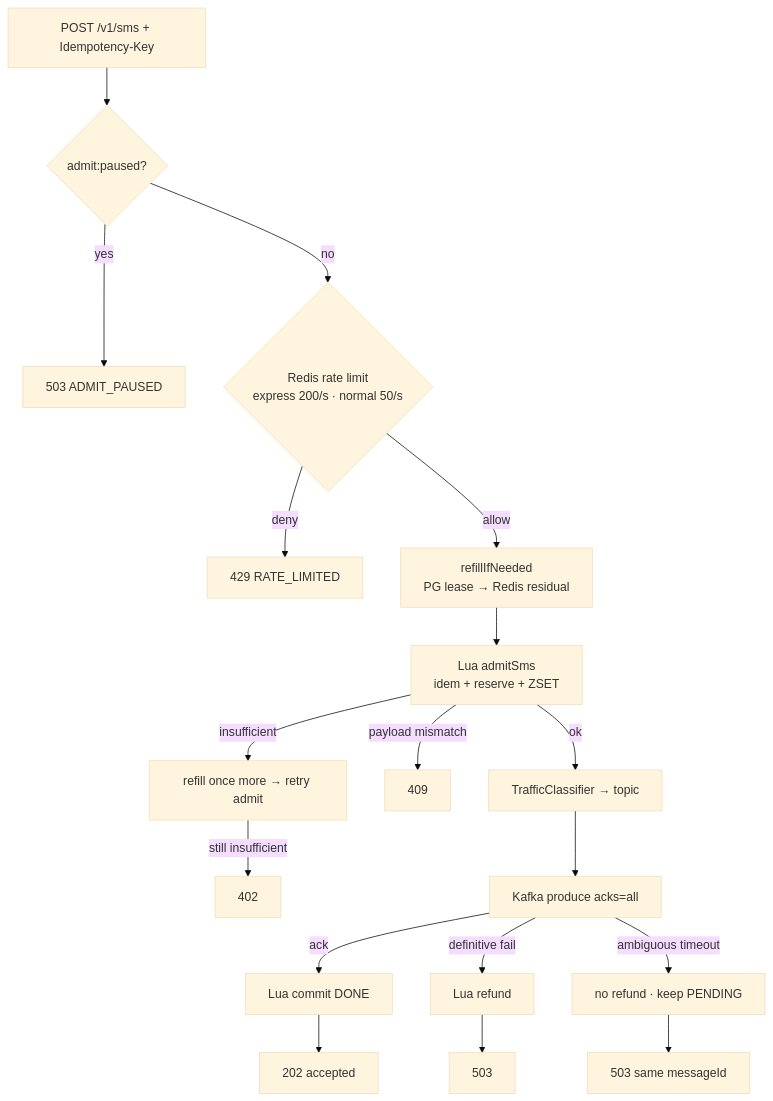
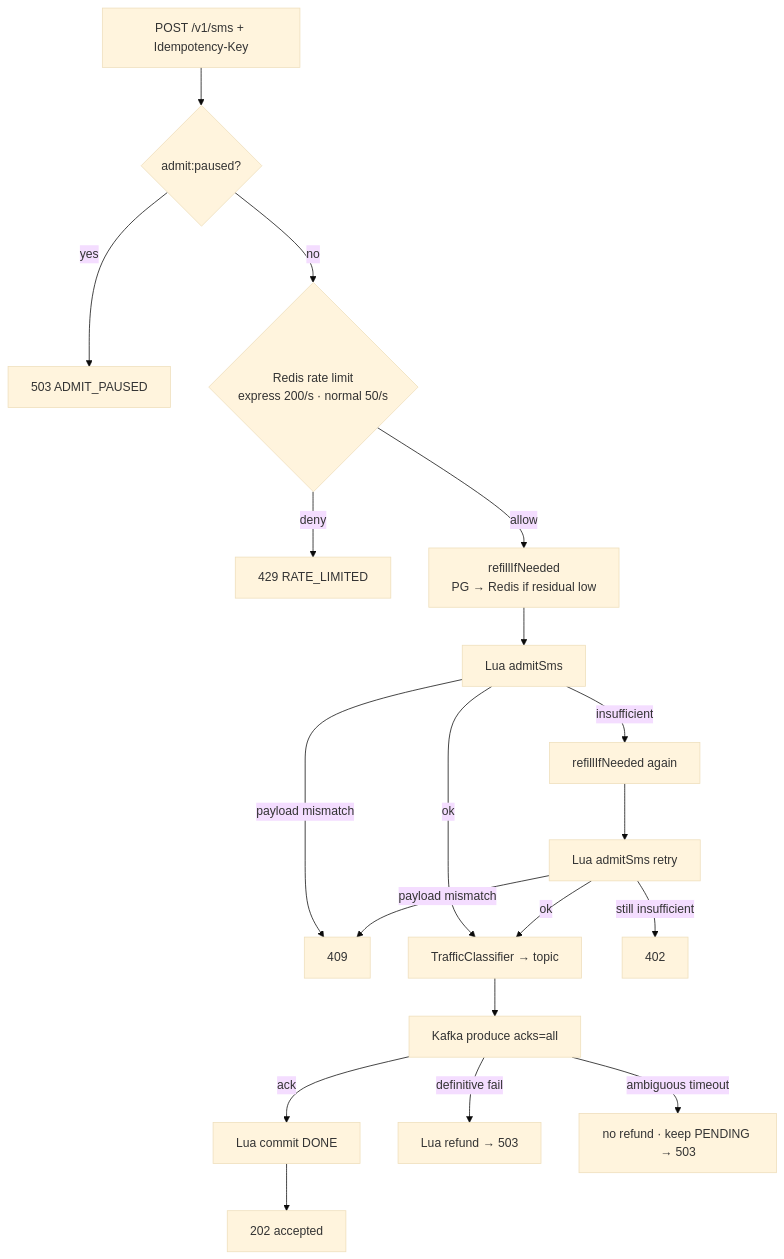
The third of 6 diagrams in docs/ARCHITECTURE.md (miladadli/PulseGate), drawn with Mermaid (base theme) before and after one commit. The commit also changed other lines of this file and 11 other files, not shown here.

First line of the commit message:
fix sms lookup, reconciler ttl handling, and architecture diagrams

````diff
--- a/docs/ARCHITECTURE.md
+++ b/docs/ARCHITECTURE.md
@@ -115,20 +118,21 @@
 ```mermaid
 flowchart TD
   A["POST /v1/sms + Idempotency-Key"] --> B{"admit:paused?"}
   B -->|yes| B1["503 ADMIT_PAUSED"]
   B -->|no| C{"Redis rate limit<br/>express 200/s · normal 50/s"}
   C -->|deny| C1["429 RATE_LIMITED"]
-  C -->|allow| D["refillIfNeeded<br/>PG lease → Redis residual"]
-  D --> E["Lua admitSms<br/>idem + reserve + ZSET"]
-  E -->|insufficient| F["refill once more → retry admit"]
-  F -->|still insufficient| F1["402"]
+  C -->|allow| D["refillIfNeeded<br/>PG → Redis if residual low"]
+  D --> E["Lua admitSms"]
   E -->|payload mismatch| E1["409"]
   E -->|ok| G["TrafficClassifier → topic"]
+  E -->|insufficient| F["refillIfNeeded again"]
+  F --> E2["Lua admitSms retry"]
+  E2 -->|ok| G
+  E2 -->|still insufficient| F1["402"]
+  E2 -->|payload mismatch| E1
   G --> H["Kafka produce acks=all"]
   H -->|ack| I["Lua commit DONE"]
   I --> J["202 accepted"]
-  H -->|definitive fail| K["Lua refund"]
-  K --> K1["503"]
-  H -->|ambiguous timeout| L["no refund · keep PENDING"]
-  L --> L1["503 same messageId"]
+  H -->|definitive fail| K["Lua refund → 503"]
+  H -->|ambiguous timeout| L["no refund · keep PENDING → 503"]
 ```
````
